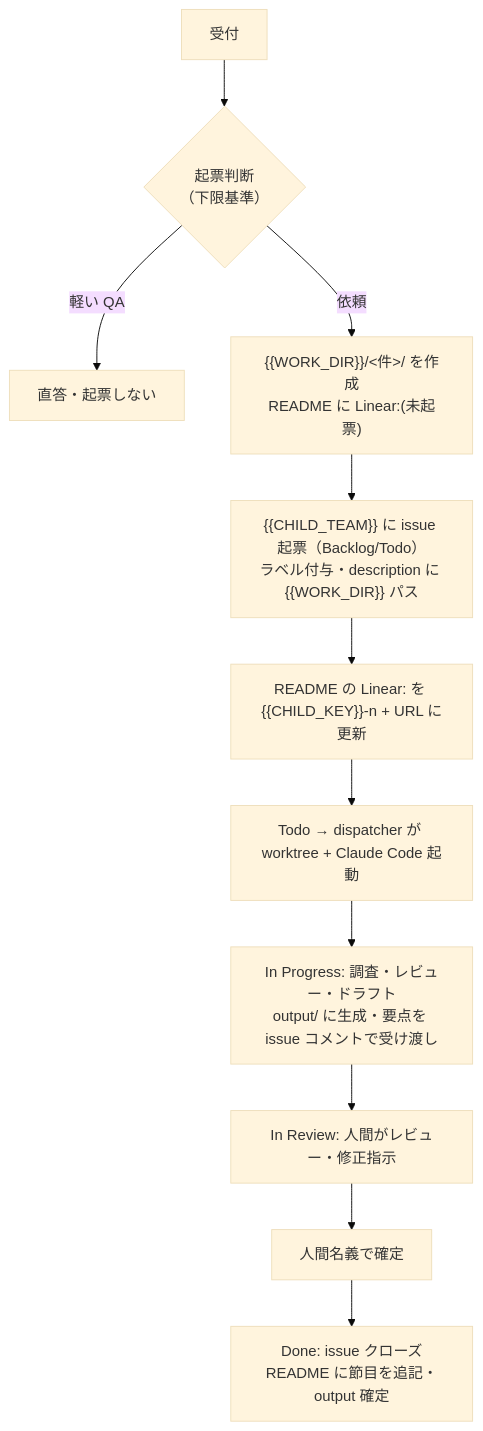
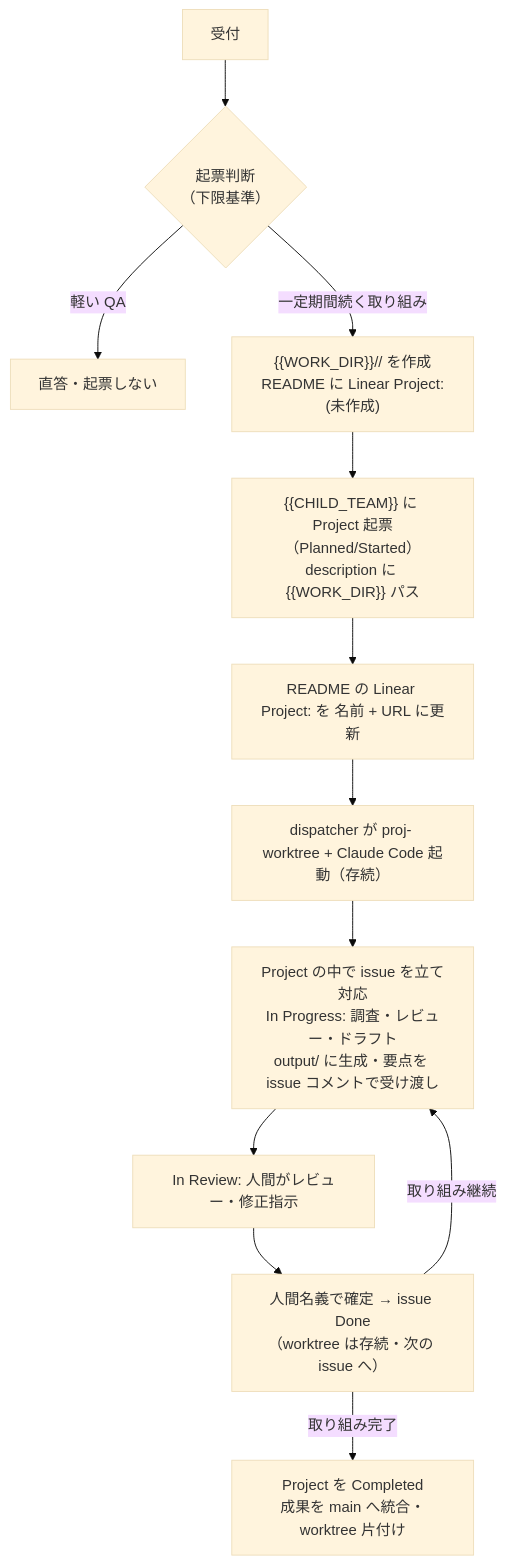
Before and after one commit to ddmorry/skills: the diagram in skills/linear-orca-workspace-setup/references/linear-integration.template.md, drawn with Mermaid (base theme). The commit also changed other lines of this file and 4 other files, not shown here.

First line of the commit message:
feat(linear-orca-workspace-setup): worktree の対応単位を Issue→Project 中心モデルへ変更

````diff
--- a/skills/linear-orca-workspace-setup/references/linear-integration.template.md
+++ b/skills/linear-orca-workspace-setup/references/linear-integration.template.md
@@ -182,13 +187,14 @@
 ```mermaid
 flowchart TD
     A["受付"] --> B{"起票判断<br/>（下限基準）"}
     B -->|"軽い QA"| Z["直答・起票しない"]
-    B -->|"依頼"| C["{{WORK_DIR}}/<件>/ を作成<br/>README に Linear:(未起票)"]
-    C --> D["{{CHILD_TEAM}} に issue 起票（Backlog/Todo）<br/>ラベル付与・description に {{WORK_DIR}} パス"]
-    D --> E["README の Linear: を {{CHILD_KEY}}-n + URL に更新"]
-    E --> F["Todo → dispatcher が worktree + Claude Code 起動"]
-    F --> G["In Progress: 調査・レビュー・ドラフト<br/>output/ に生成・要点を issue コメントで受け渡し"]
+    B -->|"一定期間続く取り組み"| C["{{WORK_DIR}}/<Project>/ を作成<br/>README に Linear Project:(未作成)"]
+    C --> D["{{CHILD_TEAM}} に Project 起票（Planned/Started）<br/>description に {{WORK_DIR}} パス"]
+    D --> E["README の Linear Project: を 名前 + URL に更新"]
+    E --> F["dispatcher が proj-<slug> worktree + Claude Code 起動（存続）"]
+    F --> G["Project の中で issue を立て対応<br/>In Progress: 調査・レビュー・ドラフト<br/>output/ に生成・要点を issue コメントで受け渡し"]
     G --> H["In Review: 人間がレビュー・修正指示"]
-    H --> I["人間名義で確定"]
-    I --> J["Done: issue クローズ<br/>README に節目を追記・output 確定"]
+    H --> I["人間名義で確定 → issue Done<br/>（worktree は存続・次の issue へ）"]
+    I -->|"取り組み継続"| G
+    I -->|"取り組み完了"| J["Project を Completed<br/>成果を main へ統合・worktree 片付け"]
 ```
````
